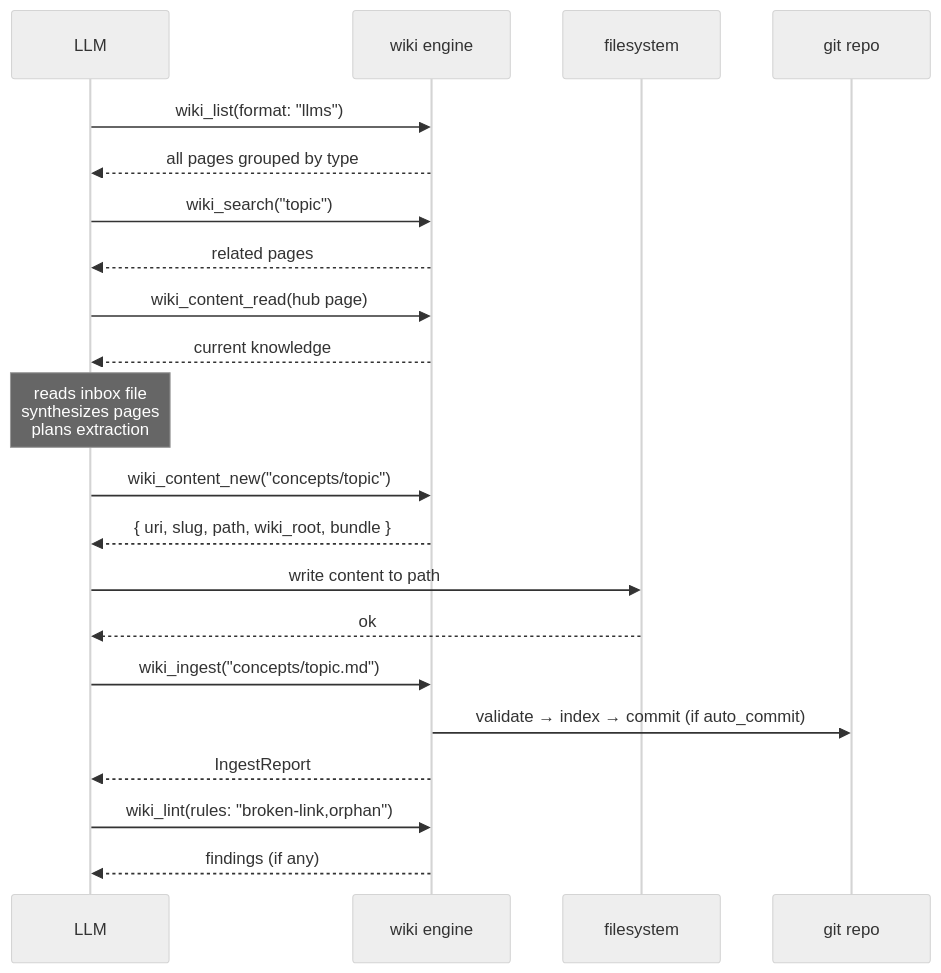
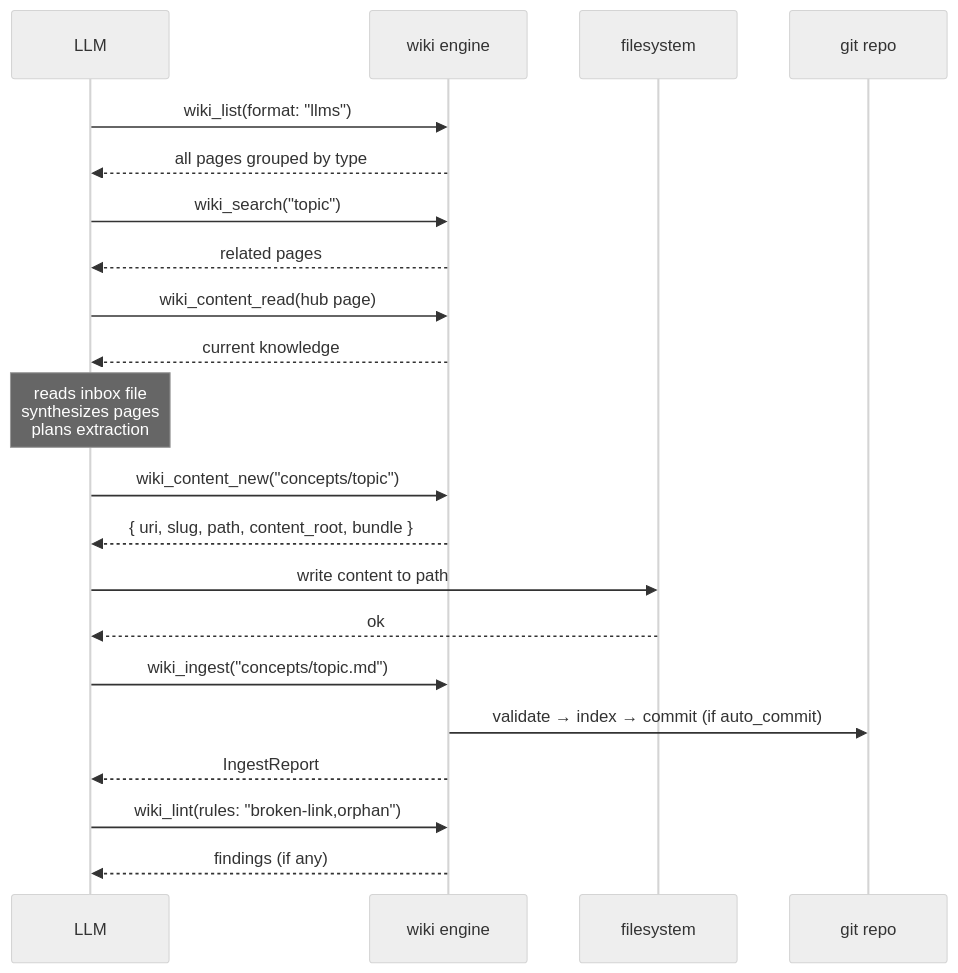
One commit to como-technologies/taps changed the fourth of 11 diagrams in llm-wiki/docs/src/diagrams.md. Above: the diagram before and after it, drawn with Mermaid (neutral theme). The commit also changed other lines of this file and 96 other files, not shown here.

````diff
--- a/llm-wiki/docs/src/diagrams.md
+++ b/llm-wiki/docs/src/diagrams.md
@@ -106,31 +106,31 @@
 ```mermaid
 sequenceDiagram
     participant LLM
     participant Engine as wiki engine
     participant Disk as filesystem
     participant Repo as git repo
 
     LLM->>Engine: wiki_list(format: "llms")
     Engine-->>LLM: all pages grouped by type
 
     LLM->>Engine: wiki_search("topic")
     Engine-->>LLM: related pages
 
     LLM->>Engine: wiki_content_read(hub page)
     Engine-->>LLM: current knowledge
 
     Note over LLM: reads inbox file<br/>synthesizes pages<br/>plans extraction
 
     LLM->>Engine: wiki_content_new("concepts/topic")
-    Engine-->>LLM: { uri, slug, path, wiki_root, bundle }
+    Engine-->>LLM: { uri, slug, path, content_root, bundle }
 
     LLM->>Disk: write content to path
     Disk-->>LLM: ok
 
     LLM->>Engine: wiki_ingest("concepts/topic.md")
     Engine->>Repo: validate → index → commit (if auto_commit)
     Engine-->>LLM: IngestReport
 
     LLM->>Engine: wiki_lint(rules: "broken-link,orphan")
     Engine-->>LLM: findings (if any)
 ```
````
